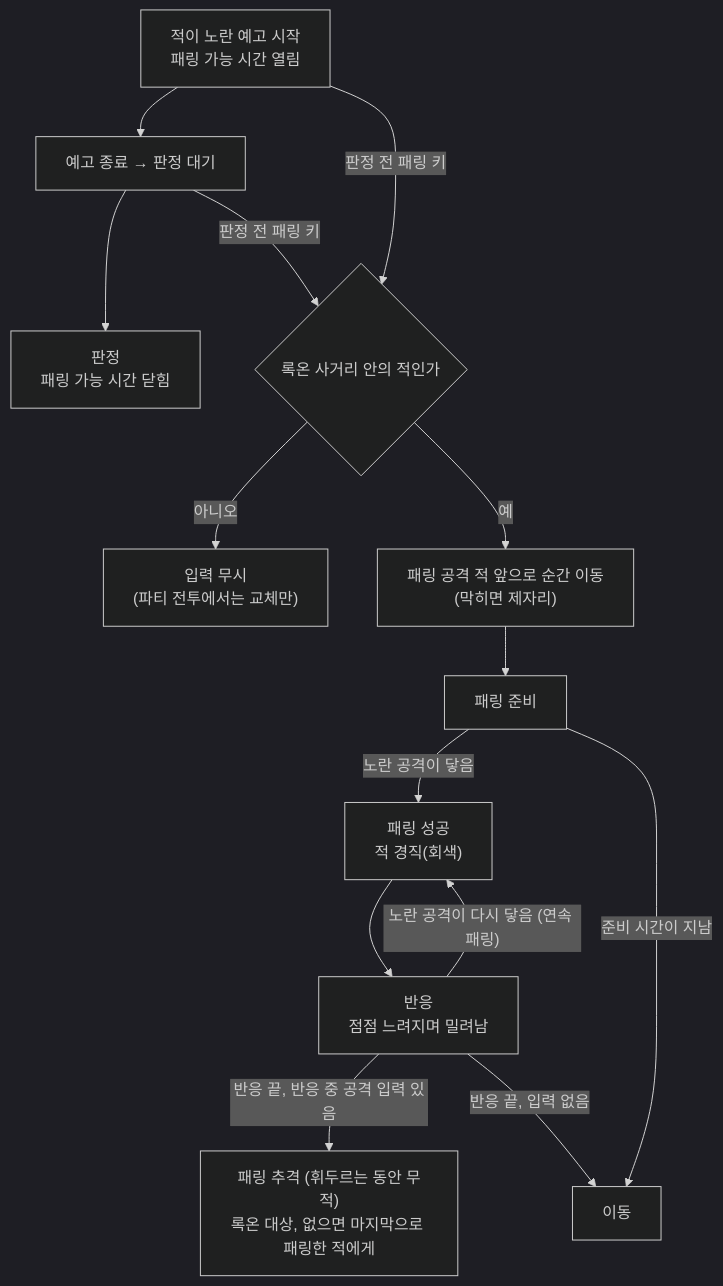
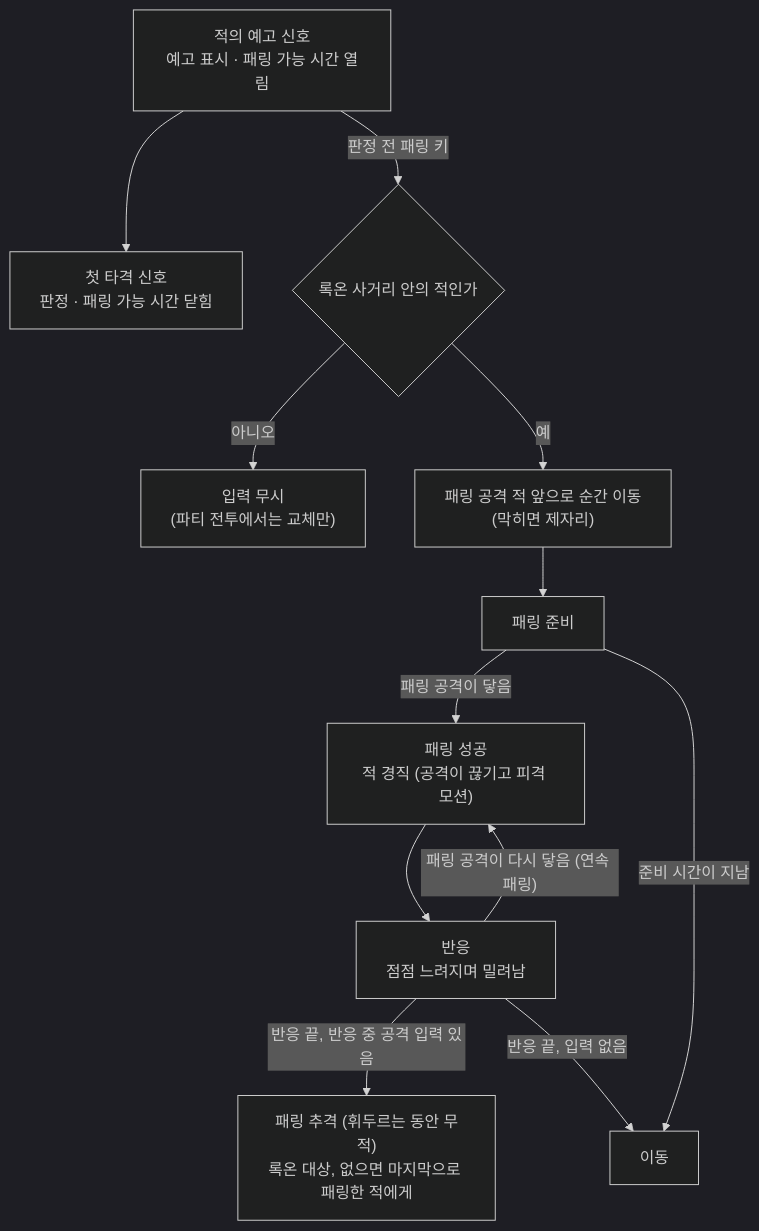
Before and after one commit to SquashPrince/Develrocket_mp15_HHH: the third of 3 diagrams in Docs/Technical/Player/PlayerHit.md, drawn with Mermaid (dark theme). The commit also changed other lines of this file and 12 other files, not shown here.

````diff
--- a/Docs/Technical/Player/PlayerHit.md
+++ b/Docs/Technical/Player/PlayerHit.md
@@ -107,16 +93,14 @@
 ```mermaid
 flowchart TD
-    Y["적이 노란 예고 시작<br>패링 가능 시간 열림"] --> W["예고 종료 → 판정 대기"]
-    W --> J["판정<br>패링 가능 시간 닫힘"]
+    Y["적의 예고 신호<br>예고 표시 · 패링 가능 시간 열림"] --> J["첫 타격 신호<br>판정 · 패링 가능 시간 닫힘"]
     Y -->|"판정 전 패링 키"| D{"록온 사거리 안의 적인가"}
-    W -->|"판정 전 패링 키"| D
     D -->|"아니오"| N["입력 무시<br>(파티 전투에서는 교체만)"]
     D -->|"예"| T["패링 공격 적 앞으로 순간 이동<br>(막히면 제자리)"]
     T --> R["패링 준비"]
-    R -->|"노란 공격이 닿음"| S["패링 성공<br>적 경직(회색)"]
+    R -->|"패링 공격이 닿음"| S["패링 성공<br>적 경직 (공격이 끊기고 피격 모션)"]
     R -->|"준비 시간이 지남"| L["이동"]
     S --> P["반응<br>점점 느려지며 밀려남"]
-    P -->|"노란 공격이 다시 닿음 (연속 패링)"| S
+    P -->|"패링 공격이 다시 닿음 (연속 패링)"| S
     P -->|"반응 끝, 반응 중 공격 입력 있음"| C["패링 추격 (휘두르는 동안 무적)<br>록온 대상, 없으면 마지막으로 패링한 적에게"]
     P -->|"반응 끝, 입력 없음"| L
 ```
````
